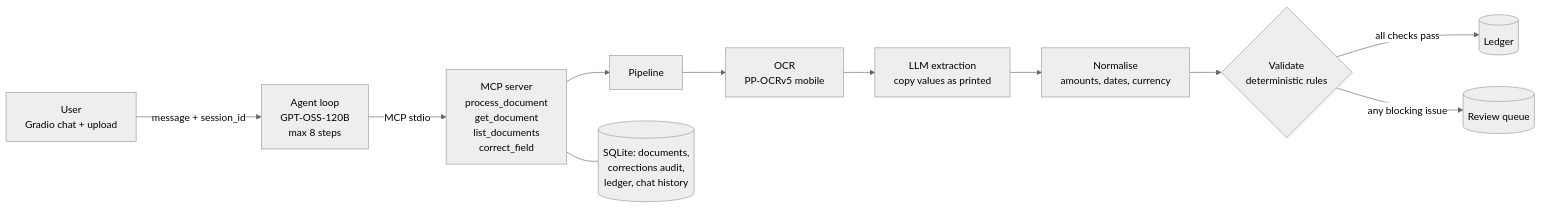
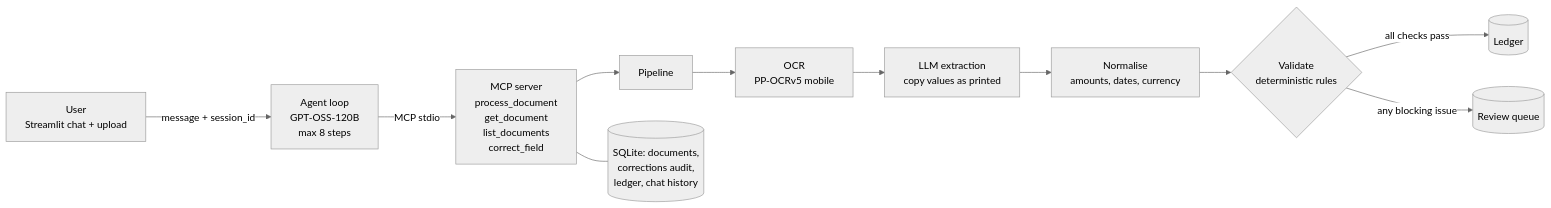
One commit to Shandilya25/Invoice-and-Receipt-Extraction-Agent changed the diagram in README.md. Above: the diagram before and after it, drawn with Mermaid (neutral theme). The commit also changed other lines of this file and 3 other files, not shown here.

````diff
--- a/README.md
+++ b/README.md
@@ -39,11 +31,11 @@
 ```mermaid
 flowchart LR
-    U[User<br/>Gradio chat + upload] -->|message + session_id| A[Agent loop<br/>GPT-OSS-120B<br/>max 8 steps]
+    U[User<br/>Streamlit chat + upload] -->|message + session_id| A[Agent loop<br/>GPT-OSS-120B<br/>max 8 steps]
     A -->|MCP stdio| S[MCP server<br/>process_document<br/>get_document<br/>list_documents<br/>correct_field]
     S --> P[Pipeline]
     P --> O[OCR<br/>PP-OCRv5 mobile] --> X[LLM extraction<br/>copy values as printed]
     X --> N[Normalise<br/>amounts, dates, currency] --> V{Validate<br/>deterministic rules}
     V -->|all checks pass| L[(Ledger)]
     V -->|any blocking issue| R[(Review queue)]
     S --- DB[(SQLite: documents,<br/>corrections audit,<br/>ledger, chat history)]
 ```
````
